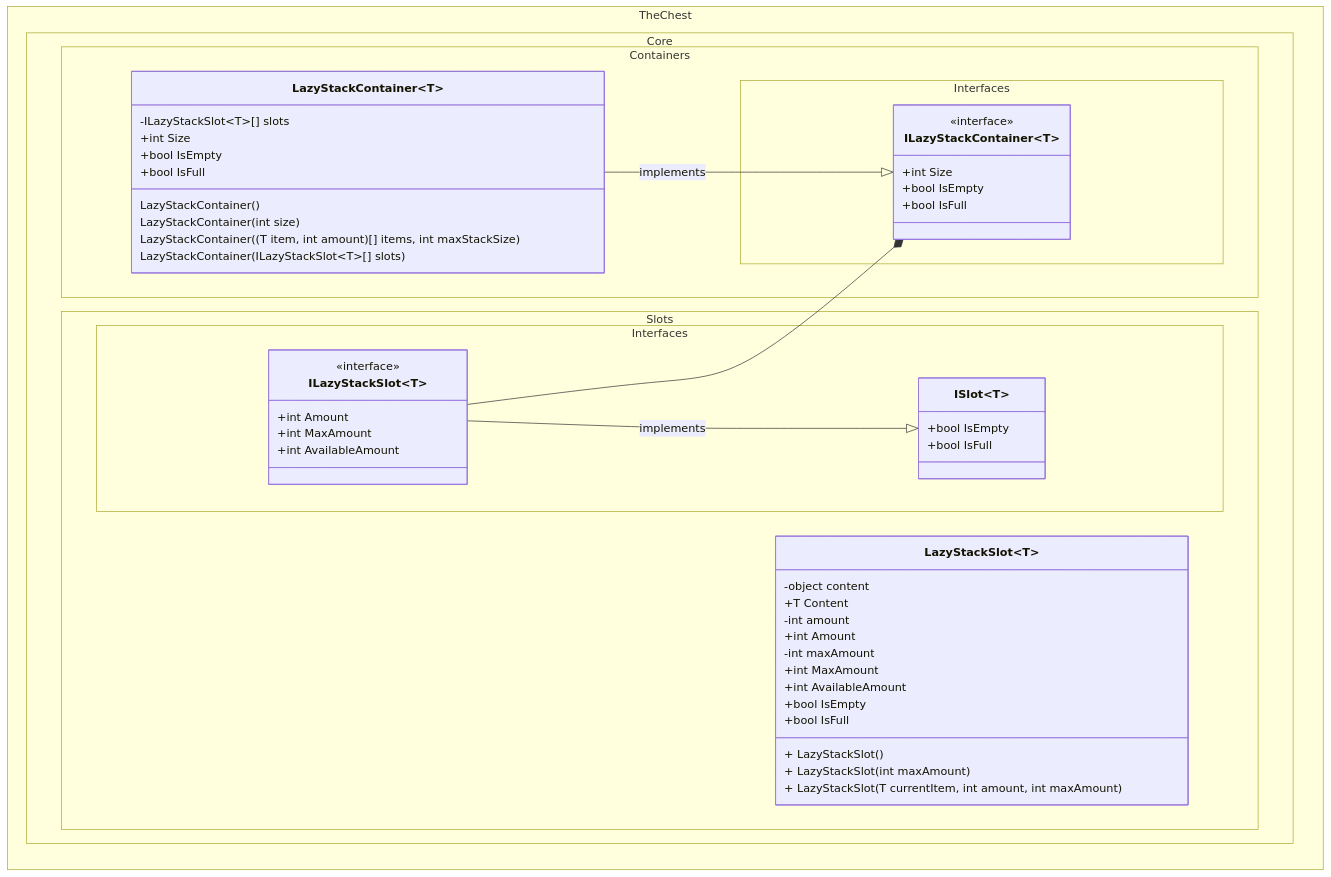
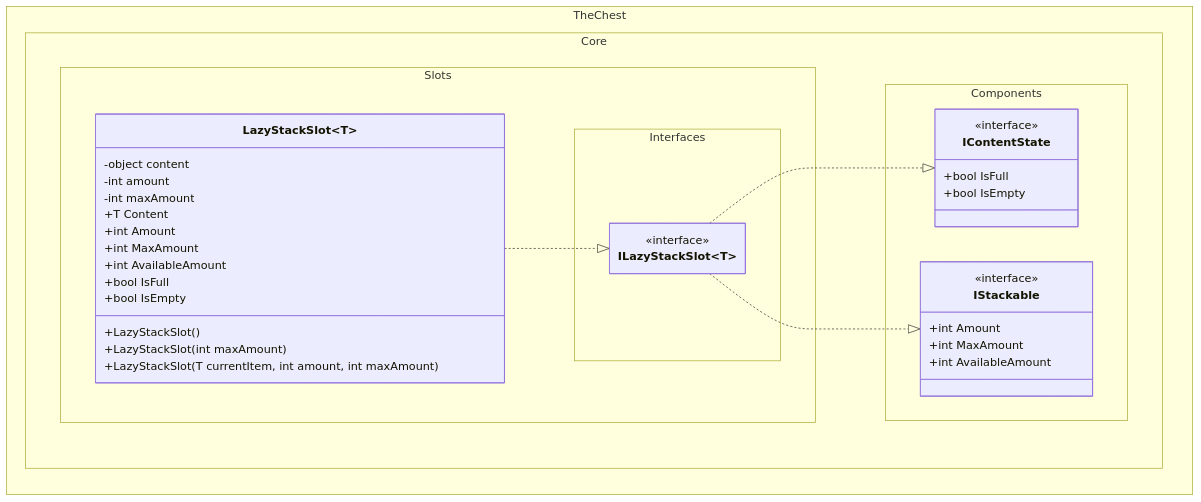
Before and after one commit to The-Chest/TheChest.Core: the sixth of 6 diagrams in docs/class_diagram.md, drawn with Mermaid. The commit also changed other lines of this file, not shown here.

Commit message:
Changes in class_diagrams.md

````diff
--- a/docs/class_diagram.md
+++ b/docs/class_diagram.md
@@ -148,72 +259,48 @@
 ```mermaid
 ---
 config:
   theme: mc
   look: classic
   class:
     hideEmptyMembersBox: true
 ---
 classDiagram
 direction BT
-	namespace TheChest.Core.Containers.Interfaces {
-		class ILazyStackContainer~T~ {
-	        +int Size
-	        +bool IsEmpty
-	        +bool IsFull
+    namespace TheChest.Core.Components {
+        class IContentState {
+            <<interface>>
+            +bool IsFull
+            +bool IsEmpty
         }
-	}
-	namespace TheChest.Core.Slots.Interfaces {
-        class ISlot~T~ {
-	        +bool IsEmpty
-	        +bool IsFull
-        }
-        class ILazyStackSlot~T~ {
-			+int Amount
+        class IStackable {
+            <<interface>>
+            +int Amount
             +int MaxAmount
             +int AvailableAmount
         }
-	}
-	namespace TheChest.Core.Containers {
-		class LazyStackContainer~T~ {
-			-ILazyStackSlot~T~[] slots
-
-			LazyStackContainer()
-			LazyStackContainer(int size)
-			LazyStackContainer((T item, int amount)[] items, int maxStackSize)
-			LazyStackContainer(ILazyStackSlot~T~[] slots)
-
-			+int Size
-			+bool IsEmpty
-			+bool IsFull
+    }
+    namespace TheChest.Core.Slots.Interfaces {
+        class ILazyStackSlot~T~ {
+            <<interface>>
         }
-	}
-
-	namespace TheChest.Core.Slots {
-		class LazyStackSlot~T~{
-			-object content
-			+T Content
-
-			-int amount            
-			+int Amount
-
-			-int maxAmount
-			+int MaxAmount
-
+    }
+    namespace TheChest.Core.Slots {
+        class LazyStackSlot~T~ {
+            -object content
+            -int amount
+            -int maxAmount
+            +T Content
+            +int Amount
+            +int MaxAmount
             +int AvailableAmount
-
-			+ LazyStackSlot()
-			+ LazyStackSlot(int maxAmount)
-			+ LazyStackSlot(T currentItem, int amount, int maxAmount)
-
-			+bool IsEmpty
-			+bool IsFull
-		}
-	}
-
-	<<interface>> ILazyStackContainer
-    <<interface>> ILazyStackSlot
-
-    LazyStackContainer --|> ILazyStackContainer : implements
-    ILazyStackSlot --|> ISlot : implements
-    ILazyStackSlot --* ILazyStackContainer
+            +bool IsFull
+            +bool IsEmpty
+            +LazyStackSlot()
+            +LazyStackSlot(int maxAmount)
+            +LazyStackSlot(T currentItem, int amount, int maxAmount)
+        }
+    }
+    ILazyStackSlot~T~ ..|> IContentState
+    ILazyStackSlot~T~ ..|> IStackable
+    LazyStackSlot~T~ ..|> ILazyStackSlot~T~
 ```
````
